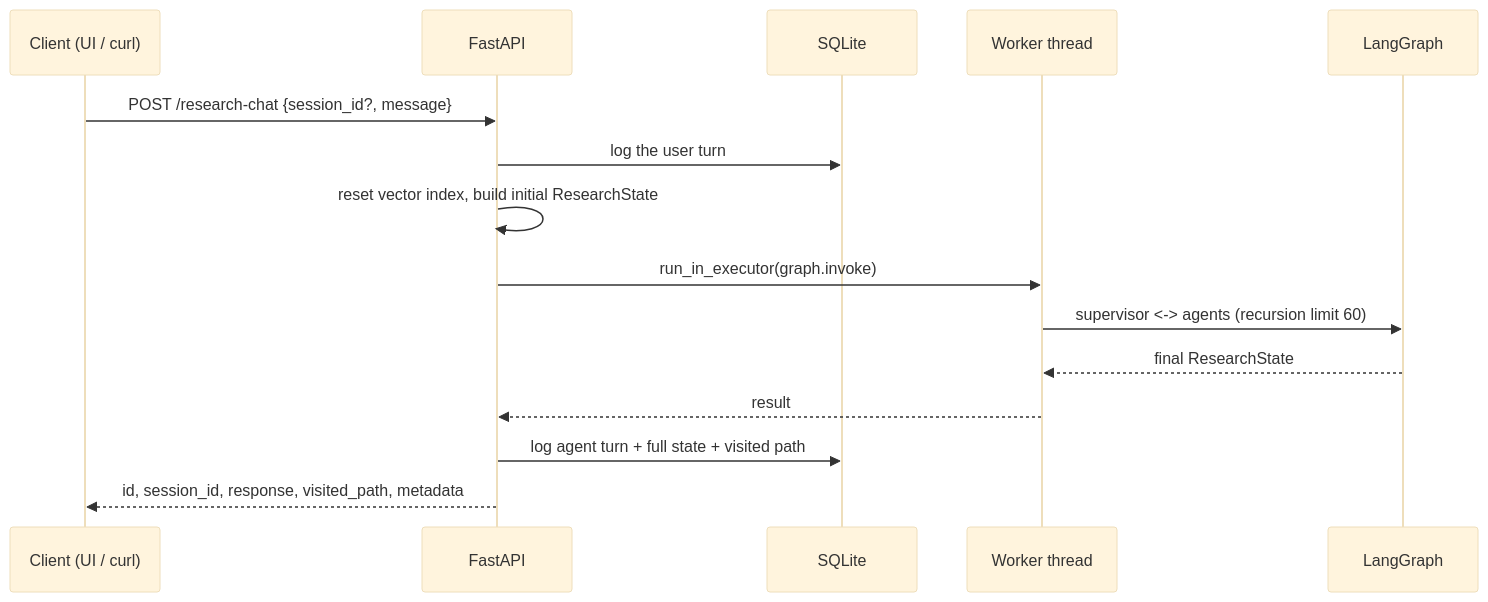
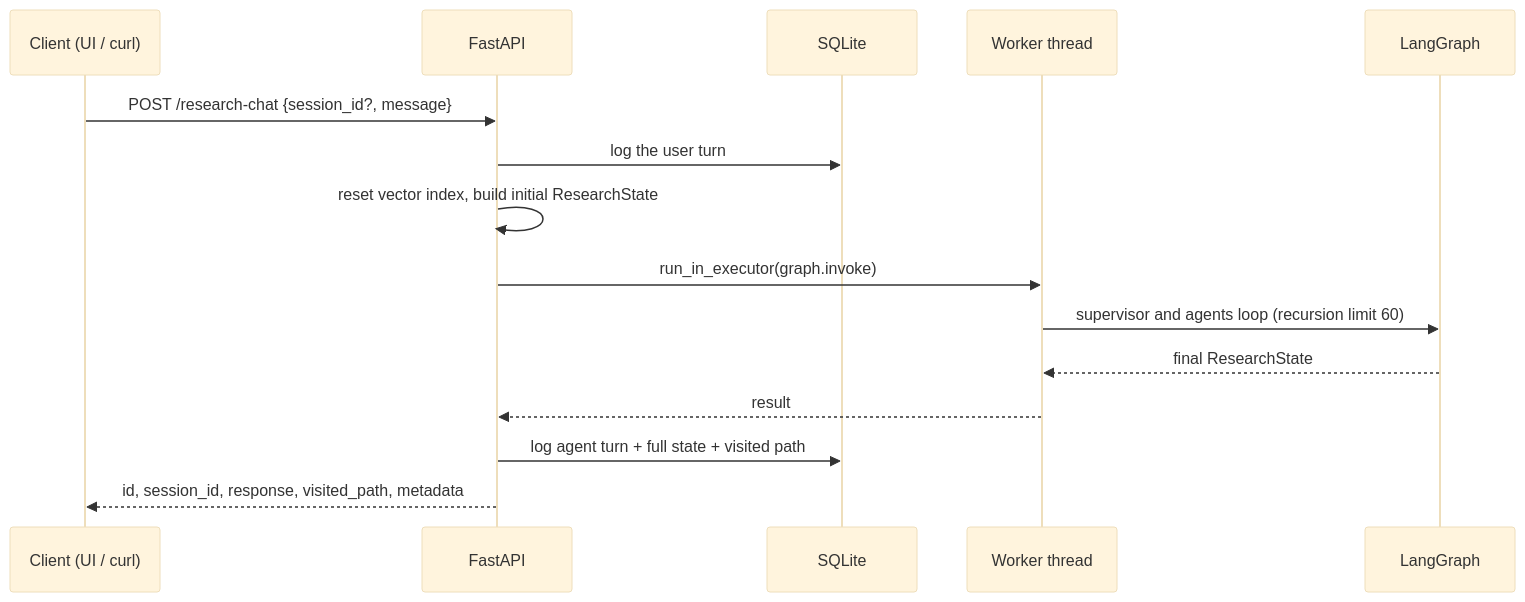
Before and after one commit to abhisakh/ResearchLLM_MultiAgent_LangGraph_RagGraph_Gemini: the second of 2 diagrams in README.md, drawn with Mermaid (base theme). The commit also changed 19 other files, not shown here.

````diff
--- a/README.md
+++ b/README.md
@@ -59,17 +59,17 @@
 ```mermaid
 sequenceDiagram
     participant C as Client (UI / curl)
     participant A as FastAPI
     participant D as SQLite
     participant W as Worker thread
     participant G as LangGraph
     C->>A: POST /research-chat {session_id?, message}
     A->>D: log the user turn
     A->>A: reset vector index, build initial ResearchState
     A->>W: run_in_executor(graph.invoke)
-    W->>G: supervisor <-> agents (recursion limit 60)
+    W->>G: supervisor and agents loop (recursion limit 60)
     G-->>W: final ResearchState
     W-->>A: result
     A->>D: log agent turn + full state + visited path
     A-->>C: id, session_id, response, visited_path, metadata
 ```
````
